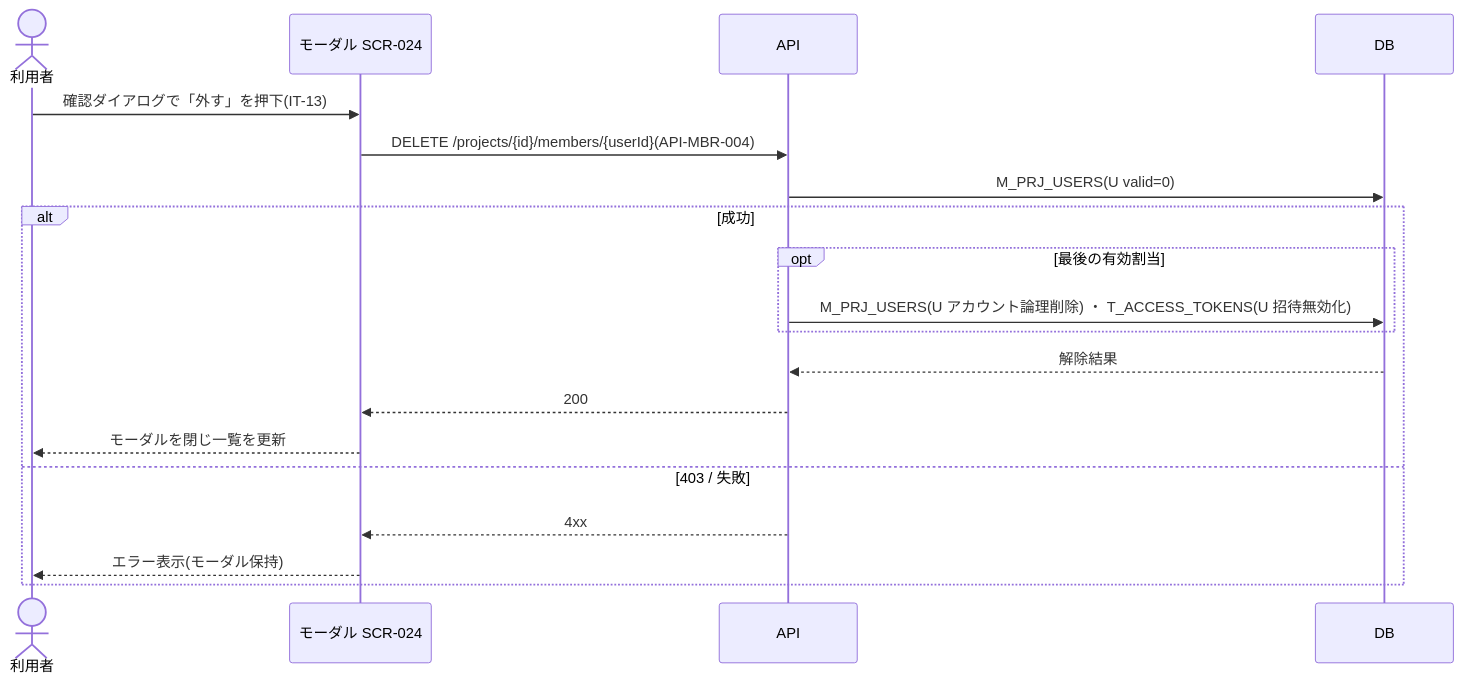
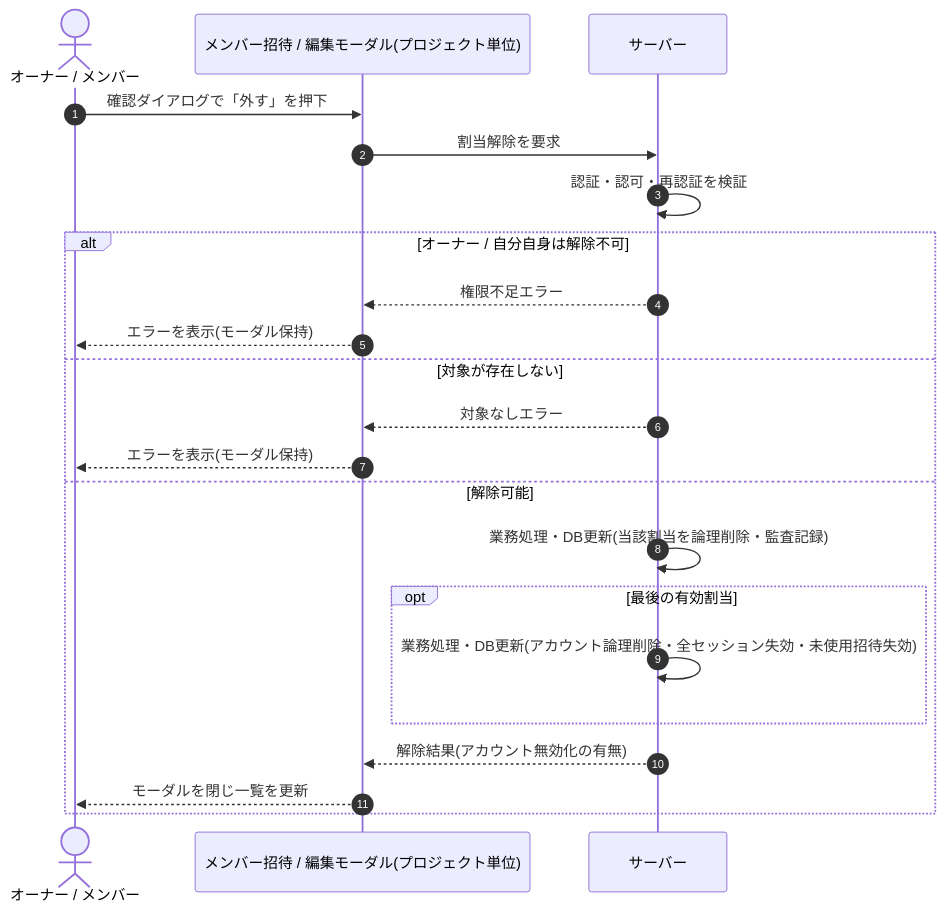
The diagram in 02_basic_design/05_sequences/SEQ-051.md (sikakou54/open-faq), drawn with Mermaid before and after one commit. The commit also changed other lines of this file and 108 other files, not shown here.

First line of the commit message:
基本設計: シーケンス図を基本設計粒度(ユーザー/画面/サーバー)へ再編成

````diff
--- a/02_basic_design/05_sequences/SEQ-051.md
+++ b/02_basic_design/05_sequences/SEQ-051.md
@@ -25,21 +32,24 @@
 ```mermaid
 sequenceDiagram
-  actor U as 利用者
-  participant S as モーダル SCR-024
-  participant API as API
-  participant DB as DB
-  U->>S: 確認ダイアログで「外す」を押下(IT-13)
-  S->>API: DELETE /projects/{id}/members/{userId}(API-MBR-004)
-  API->>DB: M_PRJ_USERS(U valid=0)
-  alt 成功
+  autonumber
+  actor U as オーナー / メンバー
+  participant Screen as メンバー招待 / 編集モーダル(プロジェクト単位)
+  participant Server as サーバー
+  U->>Screen: 確認ダイアログで「外す」を押下
+  Screen->>Server: 割当解除を要求
+  Server->>Server: 認証・認可・再認証を検証
+  alt オーナー / 自分自身は解除不可
+    Server-->>Screen: 権限不足エラー
+    Screen-->>U: エラーを表示(モーダル保持)
+  else 対象が存在しない
+    Server-->>Screen: 対象なしエラー
+    Screen-->>U: エラーを表示(モーダル保持)
+  else 解除可能
+    Server->>Server: 業務処理・DB更新(当該割当を論理削除・監査記録)
     opt 最後の有効割当
-      API->>DB: M_PRJ_USERS(U アカウント論理削除) ・ T_ACCESS_TOKENS(U 招待無効化)
+      Server->>Server: 業務処理・DB更新(アカウント論理削除・全セッション失効・未使用招待失効)
     end
-    DB-->>API: 解除結果
-    API-->>S: 200
-    S-->>U: モーダルを閉じ一覧を更新
-  else 403 / 失敗
-    API-->>S: 4xx
-    S-->>U: エラー表示(モーダル保持)
+    Server-->>Screen: 解除結果(アカウント無効化の有無)
+    Screen-->>U: モーダルを閉じ一覧を更新
   end
 ```
````
